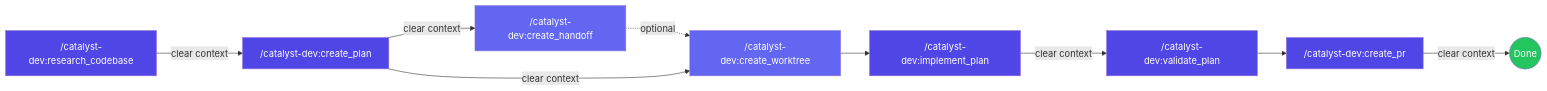
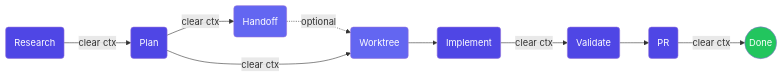
The diagram in website/src/content/docs/guides/workflows.md (coalesce-labs/catalyst), drawn with Mermaid before and after one commit. The commit also changed other lines of this file, not shown here.

Commit message:
docs(website): simplify mermaid flowchart labels with legend table
Short labels (Research, Plan, etc.) make the diagram readable at
any viewport size. Full command names shown in a table below.

````diff
--- a/website/src/content/docs/guides/workflows.md
+++ b/website/src/content/docs/guides/workflows.md
@@ -10,29 +10,29 @@
 ```mermaid
 flowchart LR
-    R["/catalyst-dev:research_codebase"]
-    P["/catalyst-dev:create_plan"]
-    H["/catalyst-dev:create_handoff"]
-    W["/catalyst-dev:create_worktree"]
-    I["/catalyst-dev:implement_plan"]
-    V["/catalyst-dev:validate_plan"]
-    PR["/catalyst-dev:create_pr"]
+    R(Research)
+    P(Plan)
+    H(Handoff)
+    W(Worktree)
+    I(Implement)
+    V(Validate)
+    PR(PR)
     D((Done))
 
-    R -->|clear context| P
-    P -->|clear context| H
+    R -->|clear ctx| P
+    P -->|clear ctx| H
     H -.->|optional| W
-    P -->|clear context| W
+    P -->|clear ctx| W
     W --> I
-    I -->|clear context| V
+    I -->|clear ctx| V
     V --> PR
-    PR -->|clear context| D
+    PR -->|clear ctx| D
 
     style R fill:#4f46e5,color:#fff
     style P fill:#4f46e5,color:#fff
     style I fill:#4f46e5,color:#fff
     style V fill:#4f46e5,color:#fff
     style PR fill:#4f46e5,color:#fff
     style D fill:#22c55e,color:#fff
     style H fill:#6366f1,color:#fff
     style W fill:#6366f1,color:#fff
 ```
````
